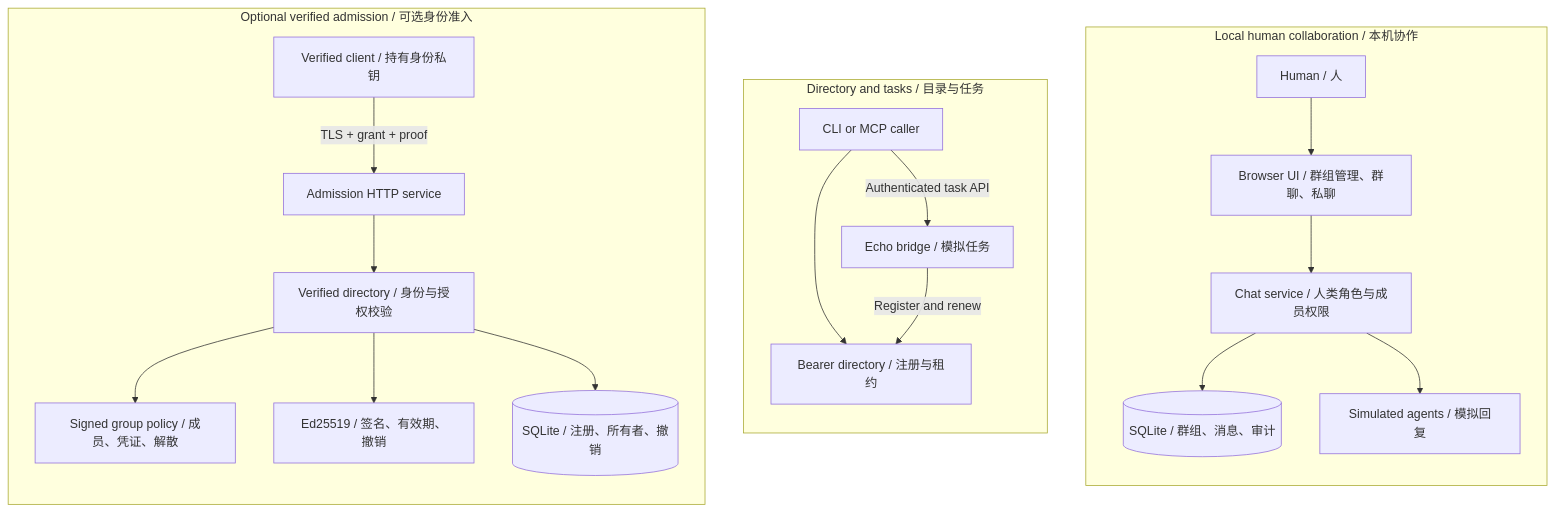
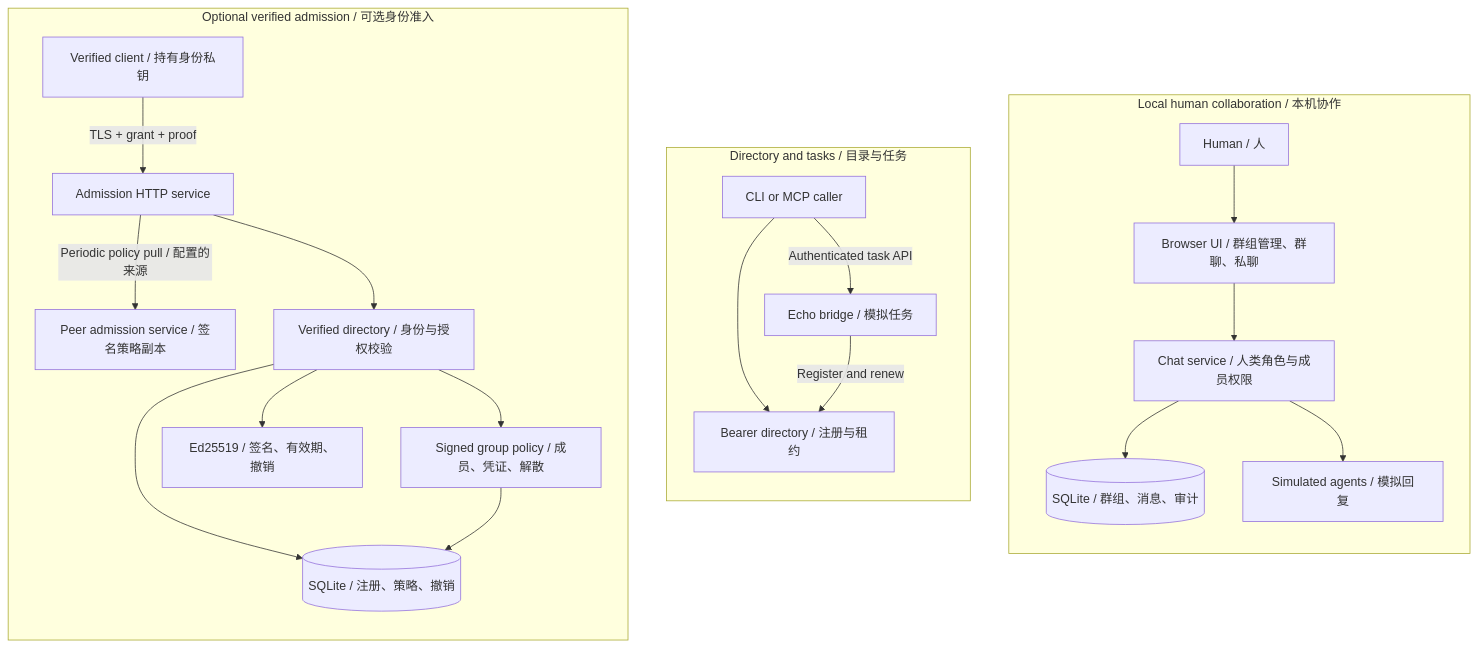
The first of 2 diagrams in README.md (lgdu/tailnet-agents), drawn with Mermaid before and after one commit. The commit also changed other lines of this file and 15 other files, not shown here.

````diff
--- a/README.md
+++ b/README.md
@@ -35,24 +36,26 @@
 ```mermaid
 flowchart TB
   subgraph CHAT["Local human collaboration / 本机协作"]
     direction TB
     H["Human / 人"] --> UI["Browser UI / 群组管理、群聊、私聊"]
     UI --> CS["Chat service / 人类角色与成员权限"]
     CS --> DB[("SQLite / 群组、消息、审计")]
     CS --> SIM["Simulated agents / 模拟回复"]
   end
   subgraph TASK["Directory and tasks / 目录与任务"]
     direction TB
     CALL["CLI or MCP caller"] --> REG["Bearer directory / 注册与租约"]
     CALL -->|"Authenticated task API"| ECHO["Echo bridge / 模拟任务"]
     ECHO -->|"Register and renew"| REG
   end
   subgraph VERIFY["Optional verified admission / 可选身份准入"]
     direction TB
     VC["Verified client / 持有身份私钥"] -->|"TLS + grant + proof"| API["Admission HTTP service"]
+    API -->|"Periodic policy pull / 配置的来源"| PEER["Peer admission service / 签名策略副本"]
     API --> VD["Verified directory / 身份与授权校验"]
     VD --> GP["Signed group policy / 成员、凭证、解散"]
     VD --> ID["Ed25519 / 签名、有效期、撤销"]
-    VD --> VDB[("SQLite / 注册、所有者、撤销")]
+    VD --> VDB[("SQLite / 注册、策略、撤销")]
+    GP --> VDB
   end
 ```
````
